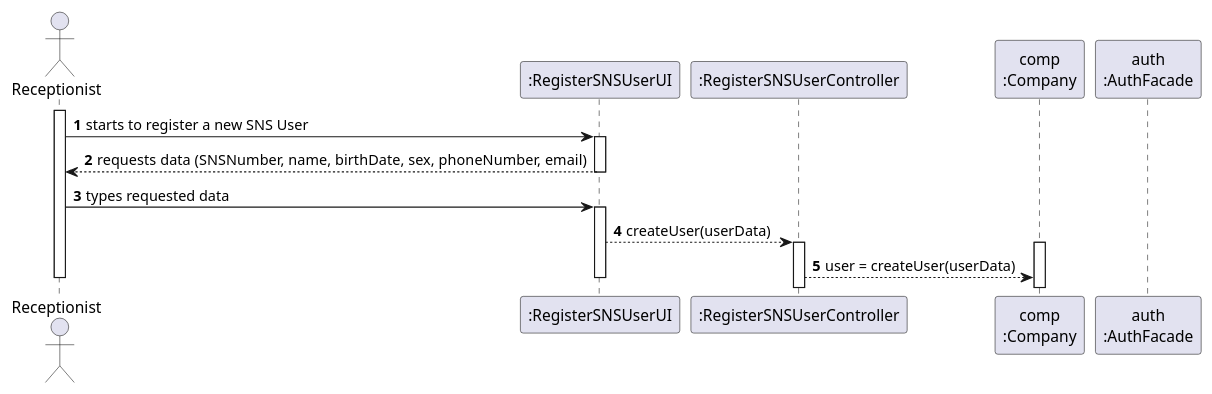
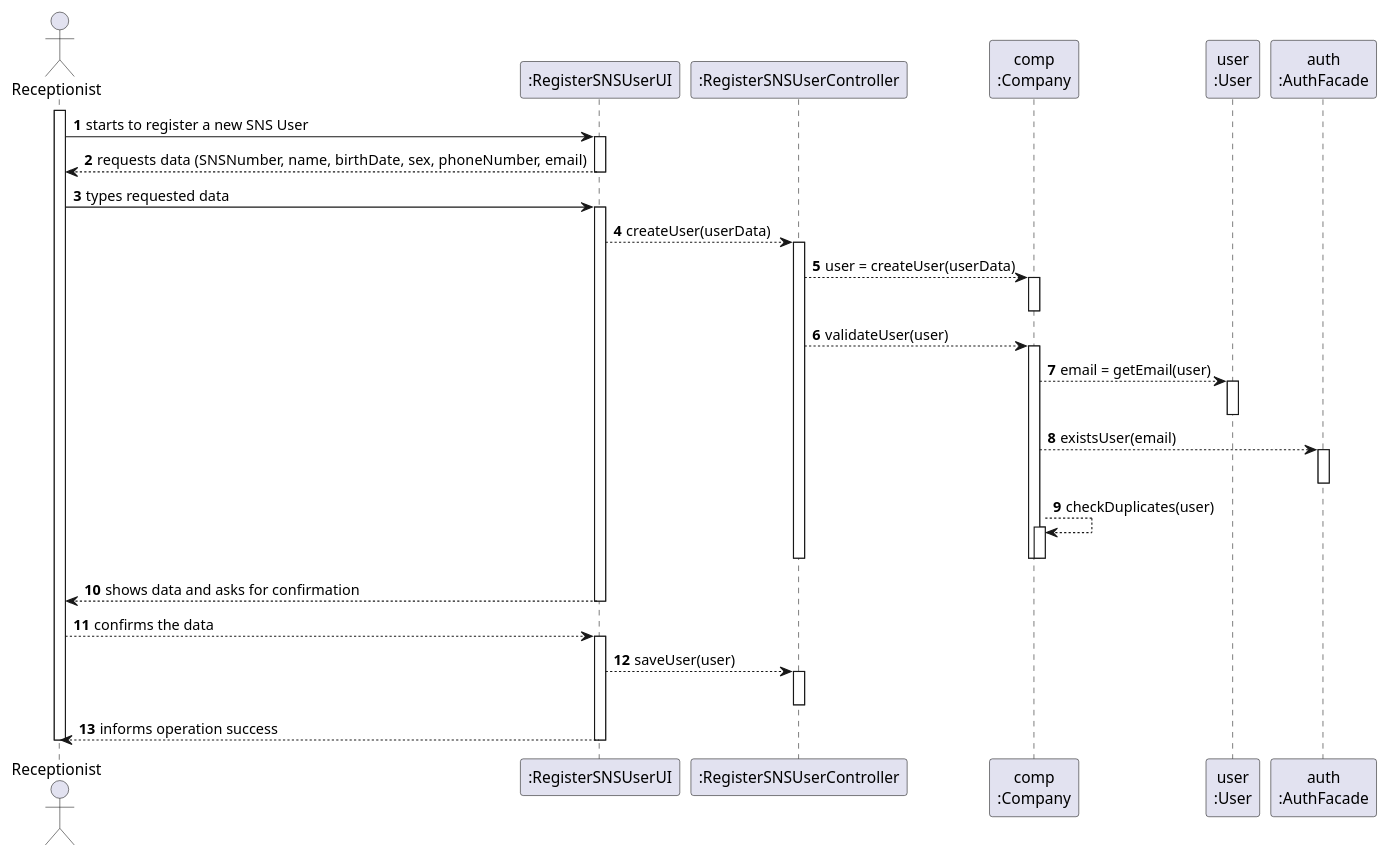
One commit to miseEnPlace-i/lapr2 changed the diagram in docs/SprintB/US03/SD/US03_SD.puml. Above: the diagram before and after it, drawn with PlantUML.

Commit message:
docs(US03): update SD

```diff
--- a/docs/SprintB/US03/SD/US03_SD.puml
+++ b/docs/SprintB/US03/SD/US03_SD.puml
@@ -1,35 +1,66 @@
 @startuml Sequence Diagram
 autonumber
 'hide footbox
 actor "Receptionist" as RECEPT
 
 participant ":RegisterSNSUserUI" as UI
 participant ":RegisterSNSUserController" as CTRL
 ' participant "app\n:ApplicationPOT" as APP
 ' participant ":Platform" as PLAT
 participant "comp\n:Company" as COMP
+participant "user\n:User" as USER
 participant "auth\n:AuthFacade" as AUTH
 
 activate RECEPT
 RECEPT -> UI : starts to register a new SNS User
 activate UI
 UI --> RECEPT : requests data (SNSNumber, name, birthDate, sex, phoneNumber, email)
 deactivate UI
 
 RECEPT -> UI : types requested data
 activate UI
 
 UI --> CTRL : createUser(userData)
 activate CTRL
 
+CTRL --> COMP : user = createUser(userData)
 activate COMP
-CTRL --> COMP : user = createUser(userData)
+deactivate COMP
+
+CTRL --> COMP : validateUser(user)
+activate COMP
+
+COMP --> USER : email = getEmail(user)
+activate USER
+deactivate USER
+
+COMP --> AUTH : existsUser(email)
+activate AUTH
+deactivate AUTH
+
+COMP --> COMP : checkDuplicates(user)
+activate COMP
+deactivate COMP
+
+deactivate COMP
+deactivate CTRL
+
+UI --> RECEPT : shows data and asks for confirmation
 deactivate UI
+
+RECEPT --> UI : confirms the data
+activate UI
+
+UI --> CTRL : saveUser(user)
+activate CTRL
 
 
 
+deactivate CTRL
 
+UI --> RECEPT : informs operation success
+deactivate UI
 
 deactivate RECEPT
 
 @enduml
```
